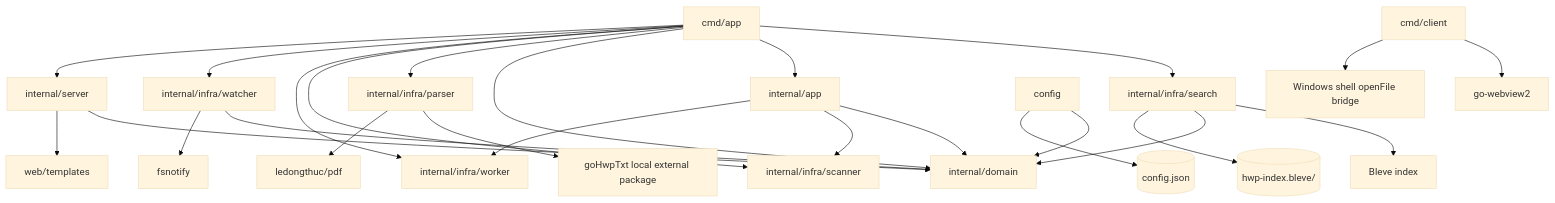
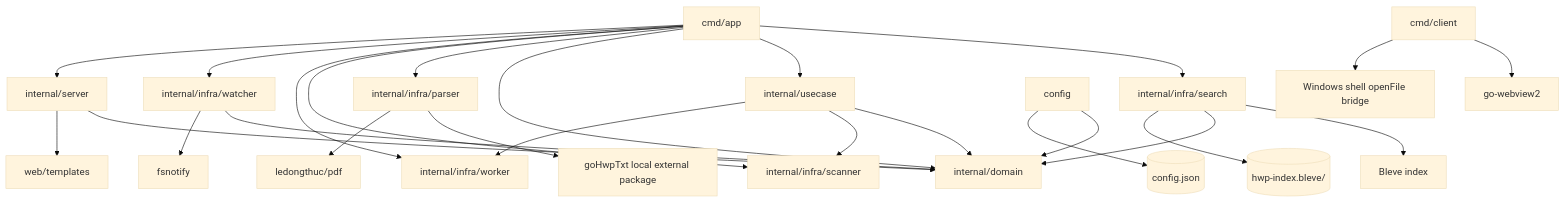
The diagram in ARCHITECTURE.md (aprilgom/DocSearcher), drawn with Mermaid (base theme) before and after one commit. The commit also changed other lines of this file and 14 other files, not shown here.

````diff
--- a/ARCHITECTURE.md
+++ b/ARCHITECTURE.md
@@ -71,34 +71,34 @@
 ```mermaid
 flowchart TD
     app[cmd/app] --> search[internal/infra/search]
-    app --> appuse[internal/app]
+    app --> appuse[internal/usecase]
     app --> domain[internal/domain]
     app --> parser[internal/infra/parser]
     app --> scanner[internal/infra/scanner]
     app --> worker[internal/infra/worker]
     app --> watcher[internal/infra/watcher]
     app --> server[internal/server]
 
     client[cmd/client] --> webview[go-webview2]
     client --> osopen[Windows shell openFile bridge]
 
     server --> domain
     server --> templates[web/templates]
 
     watcher --> domain
     watcher --> fsnotify[fsnotify]
 
     appuse --> domain
     appuse --> scanner
     appuse --> worker
 
     parser --> gohwptxt[goHwpTxt local external package]
     parser --> pdf[ledongthuc/pdf]
 
     search --> bleve[Bleve index]
     search --> domain
 
     config --> domain
     config --> configjson[(config.json)]
     search --> indexdir[(hwp-index.bleve/)]
 ```
````
